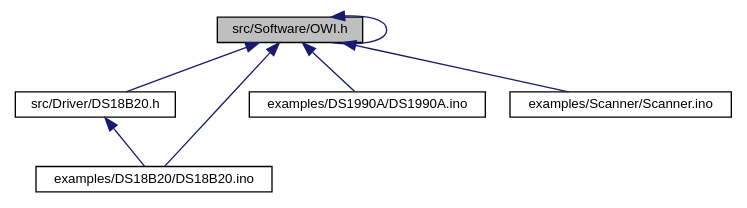
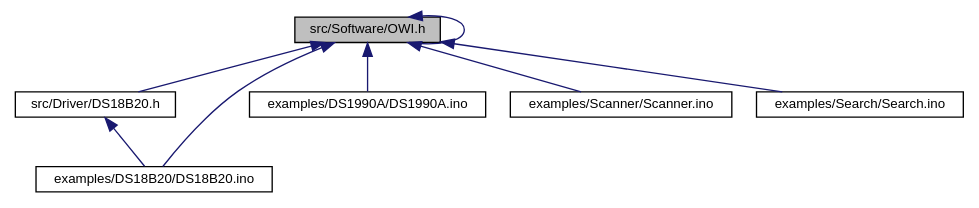
Before and after one commit to mikaelpatel/mikaelpatel.github.io: the diagram in Arduino-OWI/d1/dc9/Software_2OWI_8h__dep__incl.dot, drawn with Graphviz. The commit also changed 91 other files, not shown here.

```diff
--- a/Arduino-OWI/d1/dc9/Software_2OWI_8h__dep__incl.dot
+++ b/Arduino-OWI/d1/dc9/Software_2OWI_8h__dep__incl.dot
@@ -1,16 +1,18 @@
 digraph "src/Software/OWI.h"
 {
   edge [fontname="Helvetica",fontsize="10",labelfontname="Helvetica",labelfontsize="10"];
   node [fontname="Helvetica",fontsize="10",shape=record];
   Node1 [label="src/Software/OWI.h",height=0.2,width=0.4,color="black", fillcolor="grey75", style="filled", fontcolor="black"];
   Node1 -> Node2 [dir="back",color="midnightblue",fontsize="10",style="solid",fontname="Helvetica"];
   Node2 [label="src/Driver/DS18B20.h",height=0.2,width=0.4,color="black", fillcolor="white", style="filled",URL="$d4/d9d/DS18B20_8h.html"];
   Node2 -> Node3 [dir="back",color="midnightblue",fontsize="10",style="solid",fontname="Helvetica"];
   Node3 [label="examples/DS18B20/DS18B20.ino",height=0.2,width=0.4,color="black", fillcolor="white", style="filled",URL="$de/d2e/DS18B20_8ino.html"];
   Node1 -> Node1 [dir="back",color="midnightblue",fontsize="10",style="solid",fontname="Helvetica"];
   Node1 -> Node3 [dir="back",color="midnightblue",fontsize="10",style="solid",fontname="Helvetica"];
   Node1 -> Node4 [dir="back",color="midnightblue",fontsize="10",style="solid",fontname="Helvetica"];
   Node4 [label="examples/DS1990A/DS1990A.ino",height=0.2,width=0.4,color="black", fillcolor="white", style="filled",URL="$dc/d26/DS1990A_8ino.html"];
   Node1 -> Node5 [dir="back",color="midnightblue",fontsize="10",style="solid",fontname="Helvetica"];
   Node5 [label="examples/Scanner/Scanner.ino",height=0.2,width=0.4,color="black", fillcolor="white", style="filled",URL="$dd/da4/Scanner_8ino.html"];
+  Node1 -> Node6 [dir="back",color="midnightblue",fontsize="10",style="solid",fontname="Helvetica"];
+  Node6 [label="examples/Search/Search.ino",height=0.2,width=0.4,color="black", fillcolor="white", style="filled",URL="$dd/d18/Search_8ino.html"];
 }
```
